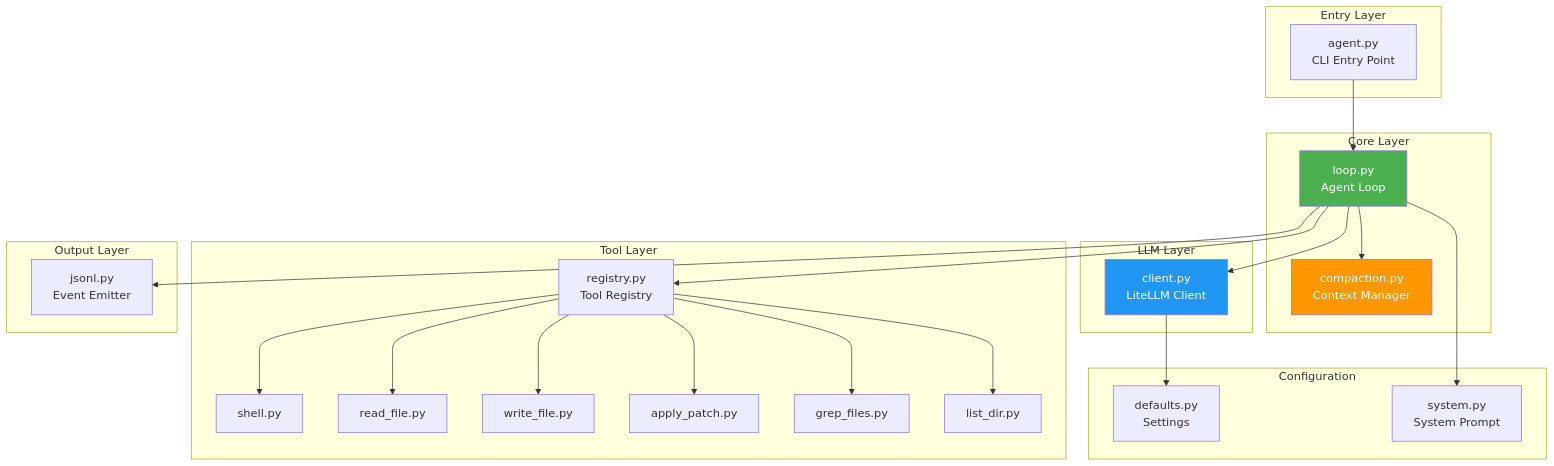
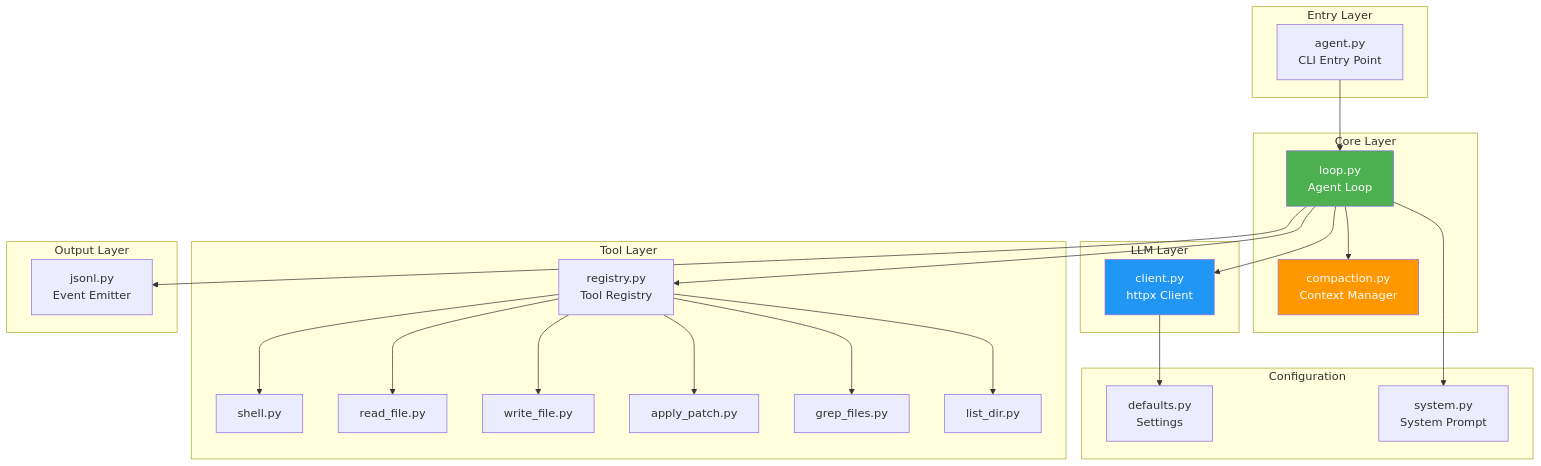
The first of 8 diagrams in docs/architecture.md (PlatformNetwork/baseagent), drawn with Mermaid before and after one commit. The commit also changed other lines of this file and 10 other files, not shown here.

````diff
--- a/docs/architecture.md
+++ b/docs/architecture.md
@@ -9,47 +9,47 @@
 ```mermaid
 graph TB
     subgraph Entry["Entry Layer"]
         agent["agent.py<br/>CLI Entry Point"]
     end
     
     subgraph Core["Core Layer"]
         loop["loop.py<br/>Agent Loop"]
         compact["compaction.py<br/>Context Manager"]
     end
     
     subgraph LLM["LLM Layer"]
-        client["client.py<br/>LiteLLM Client"]
+        client["client.py<br/>httpx Client"]
     end
     
     subgraph Config["Configuration"]
         defaults["defaults.py<br/>Settings"]
         prompts["system.py<br/>System Prompt"]
     end
     
     subgraph Tools["Tool Layer"]
         registry["registry.py<br/>Tool Registry"]
         shell["shell.py"]
         read["read_file.py"]
         write["write_file.py"]
         patch["apply_patch.py"]
         grep["grep_files.py"]
         list["list_dir.py"]
     end
     
     subgraph Output["Output Layer"]
         jsonl["jsonl.py<br/>Event Emitter"]
     end
     
     agent --> loop
     loop --> compact
     loop --> client
     loop --> registry
     loop --> jsonl
     client --> defaults
     loop --> prompts
     registry --> shell & read & write & patch & grep & list
     
     style loop fill:#4CAF50,color:#fff
     style client fill:#2196F3,color:#fff
     style compact fill:#FF9800,color:#fff
 ```
````
